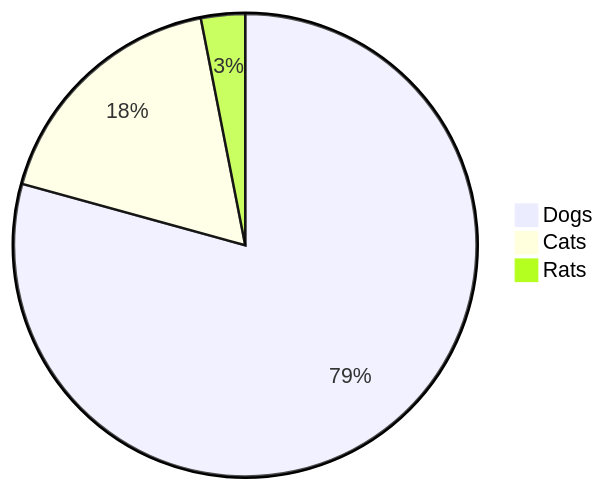
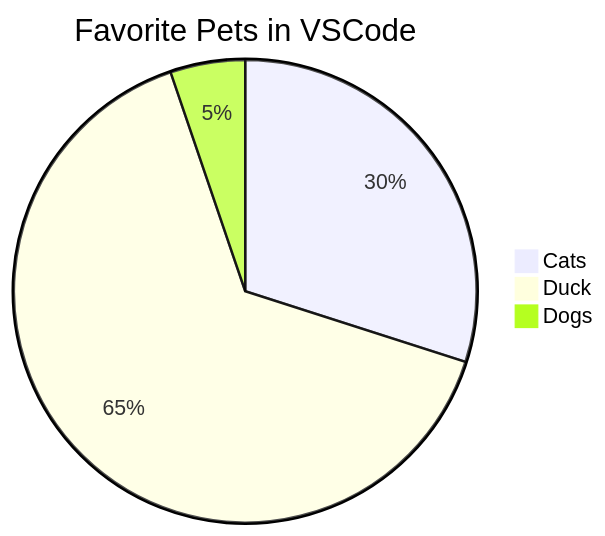
One commit to iyanarmanda/kukuru changed the sixth of 10 diagrams in src/content/posts/mermaid.md. Above: the diagram before and after it, drawn with Mermaid. The commit also changed other lines of this file and 1 other file, not shown here.

Commit message:
feat: add mermaid support for git graph, pie chart, and user journey diagram

````diff
--- a/src/content/posts/mermaid.md
+++ b/src/content/posts/mermaid.md
@@ -131,6 +131,7 @@
 ```mermaid
 pie
-"Dogs" : 386
+title Favorite Pets in VSCode
 "Cats" : 85.9
-"Rats" : 15
+"Duck" : 186
+"Dogs" : 15
 ```
````
